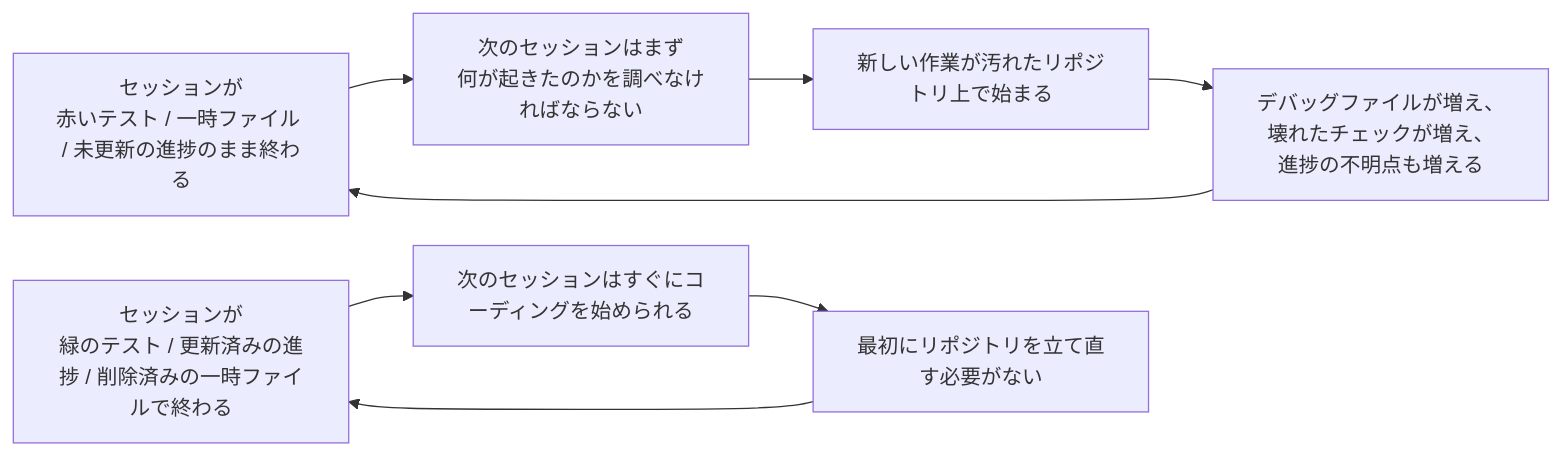
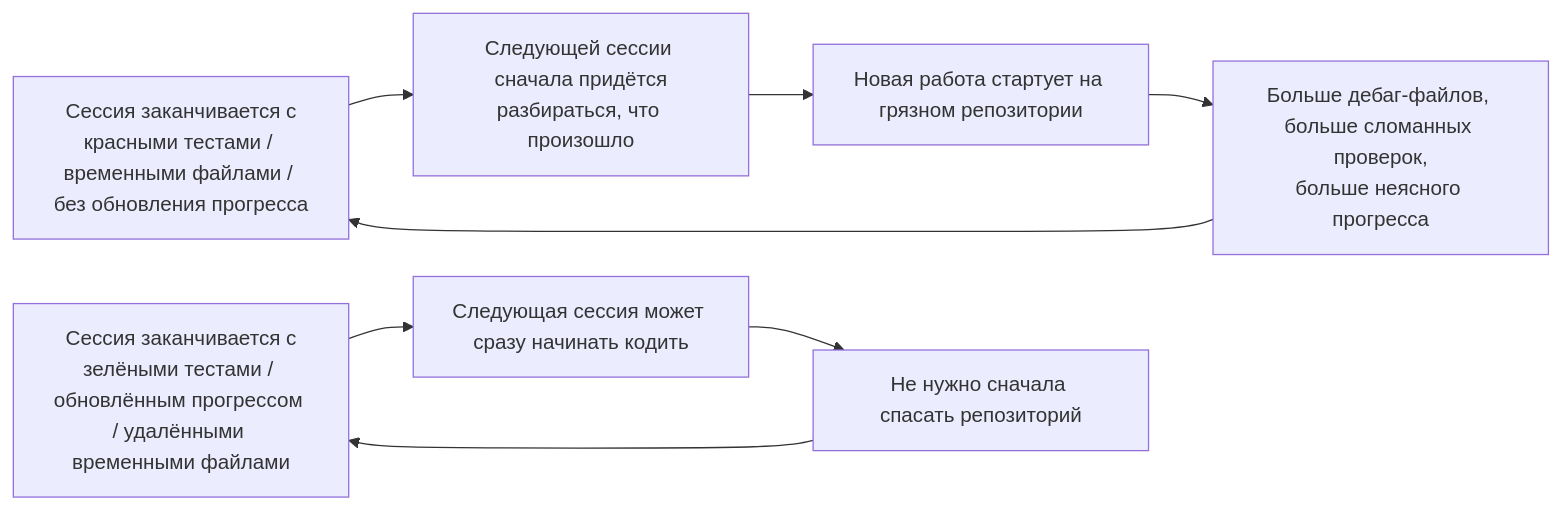
Before and after one commit to mkusaka/learn-harness-engineering: the second of 2 diagrams in docs/ru/lectures/lecture-12-why-every-session-must-leave-a-clean-state/index.md, drawn with Mermaid. The commit also changed other lines of this file and 684 other files, not shown here.

````diff
--- a/docs/ru/lectures/lecture-12-why-every-session-must-leave-a-clean-state/index.md
+++ b/docs/ru/lectures/lecture-12-why-every-session-must-leave-a-clean-state/index.md
@@ -39,11 +39,11 @@
 ```mermaid
 flowchart LR
-    Dirty["セッションが<br/>赤いテスト / 一時ファイル / 未更新の進捗のまま終わる"] --> Diagnose["次のセッションはまず<br/>何が起きたのかを調べなければならない"]
-    Diagnose --> Fragile["新しい作業が汚れたリポジトリ上で始まる"]
-    Fragile --> More["デバッグファイルが増え、壊れたチェックが増え、<br/>進捗の不明点も増える"]
+    Dirty["Сессия заканчивается с<br/>красными тестами / временными файлами / без обновления прогресса"] --> Diagnose["Следующей сессии сначала придётся<br/>разбираться, что произошло"]
+    Diagnose --> Fragile["Новая работа стартует на грязном репозитории"]
+    Fragile --> More["Больше дебаг-файлов, больше сломанных проверок,<br/>больше неясного прогресса"]
     More --> Dirty
 
-    Clean["セッションが<br/>緑のテスト / 更新済みの進捗 / 削除済みの一時ファイルで終わる"] --> Fast["次のセッションはすぐにコーディングを始められる"]
-    Fast --> Stable["最初にリポジトリを立て直す必要がない"]
+    Clean["Сессия заканчивается с<br/>зелёными тестами / обновлённым прогрессом / удалёнными временными файлами"] --> Fast["Следующая сессия может сразу начинать кодить"]
+    Fast --> Stable["Не нужно сначала спасать репозиторий"]
     Stable --> Clean
 ```
````
